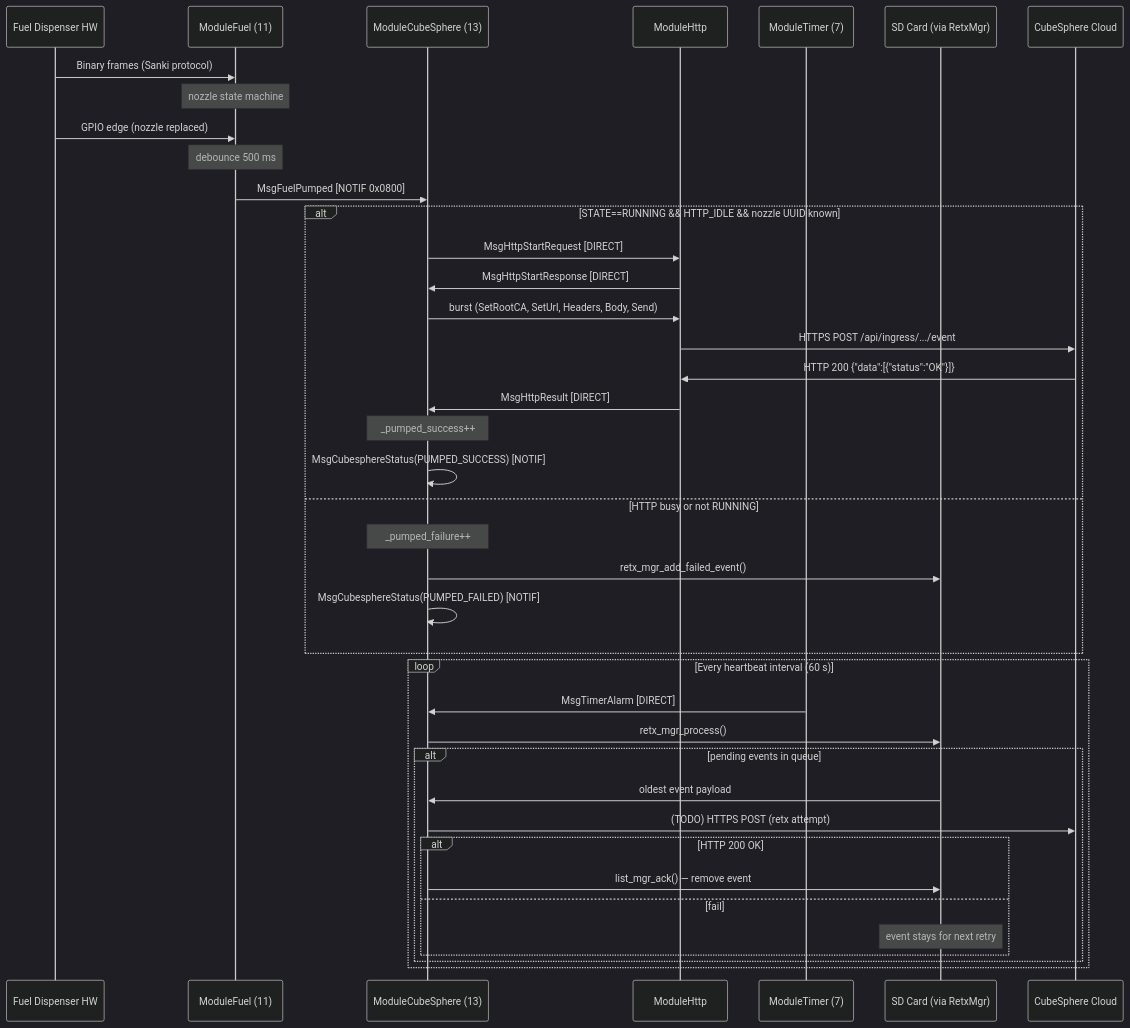
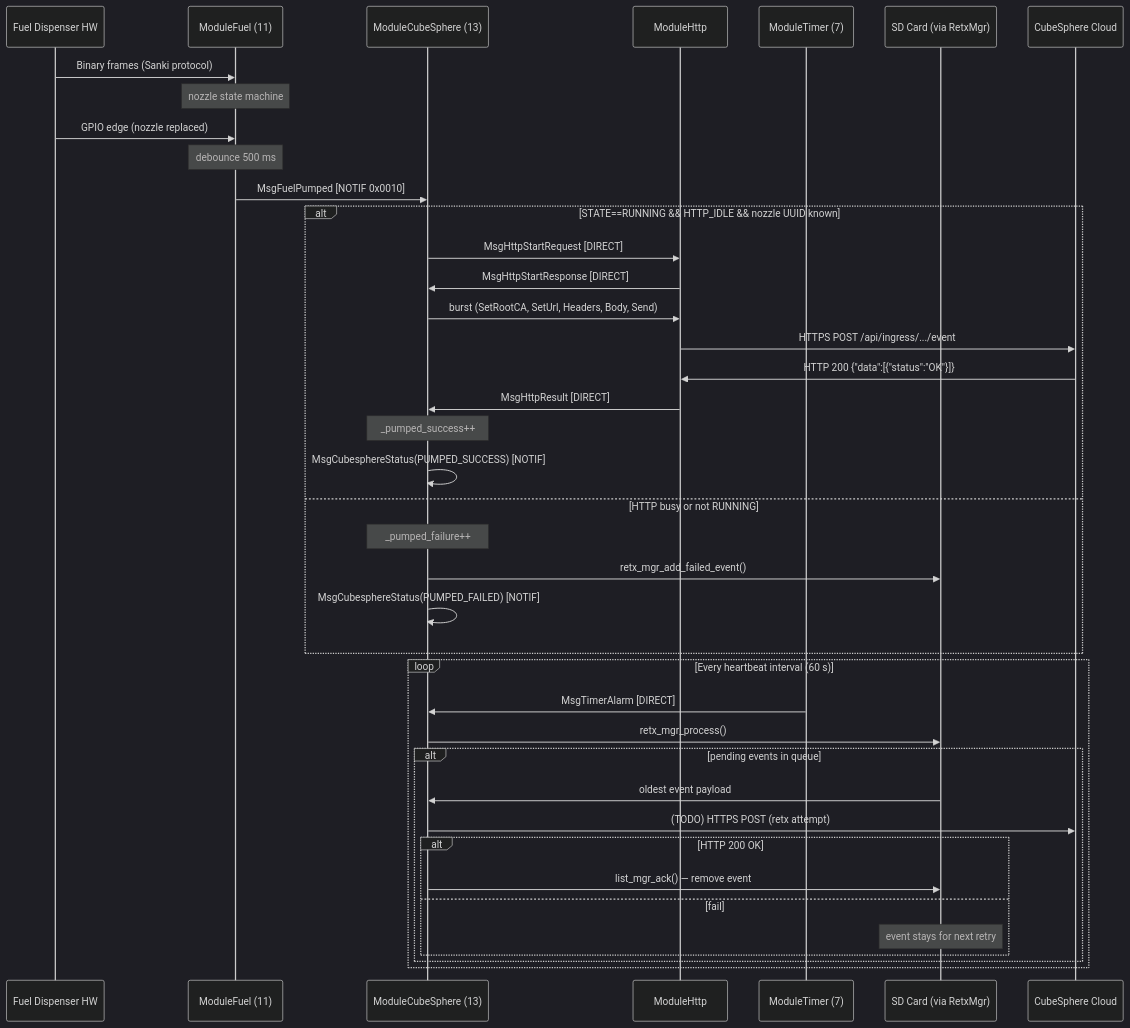
Before and after one commit to chathuranga1931/ferp-message-que-com-fw: diagram 11 of 12 in documents/HSYS FW User Manual.md, drawn with Mermaid (dark theme). The commit also changed other lines of this file and 21 other files, not shown here.

````diff
--- a/documents/HSYS FW User Manual.md
+++ b/documents/HSYS FW User Manual.md
@@ -1939,45 +2048,45 @@
 ```mermaid
 sequenceDiagram
     participant HW as Fuel Dispenser HW
     participant MF as ModuleFuel (11)
     participant MC as ModuleCubeSphere (13)
     participant MH as ModuleHttp
     participant MT as ModuleTimer (7)
     participant SD as SD Card (via RetxMgr)
     participant CS as CubeSphere Cloud
 
     HW->>MF: Binary frames (Sanki protocol)
     Note over MF: nozzle state machine
     HW->>MF: GPIO edge (nozzle replaced)
     Note over MF: debounce 500 ms
-    MF->>MC: MsgFuelPumped [NOTIF 0x0800]
+    MF->>MC: MsgFuelPumped [NOTIF 0x0010]
 
     alt STATE==RUNNING && HTTP_IDLE && nozzle UUID known
         MC->>MH: MsgHttpStartRequest [DIRECT]
         MH->>MC: MsgHttpStartResponse [DIRECT]
         MC->>MH: burst (SetRootCA, SetUrl, Headers, Body, Send)
         MH->>CS: HTTPS POST /api/ingress/.../event
         CS->>MH: HTTP 200 {"data":[{"status":"OK"}]}
         MH->>MC: MsgHttpResult [DIRECT]
         Note over MC: _pumped_success++
         MC->>MC: MsgCubesphereStatus(PUMPED_SUCCESS) [NOTIF]
     else HTTP busy or not RUNNING
         Note over MC: _pumped_failure++
         MC->>SD: retx_mgr_add_failed_event()
         MC->>MC: MsgCubesphereStatus(PUMPED_FAILED) [NOTIF]
     end
 
     loop Every heartbeat interval (60 s)
         MT->>MC: MsgTimerAlarm [DIRECT]
         MC->>SD: retx_mgr_process()
         alt pending events in queue
             SD->>MC: oldest event payload
             MC->>CS: (TODO) HTTPS POST (retx attempt)
             alt HTTP 200 OK
                 MC->>SD: list_mgr_ack() — remove event
             else fail
                 Note over SD: event stays for next retry
             end
         end
     end
 ```
````
